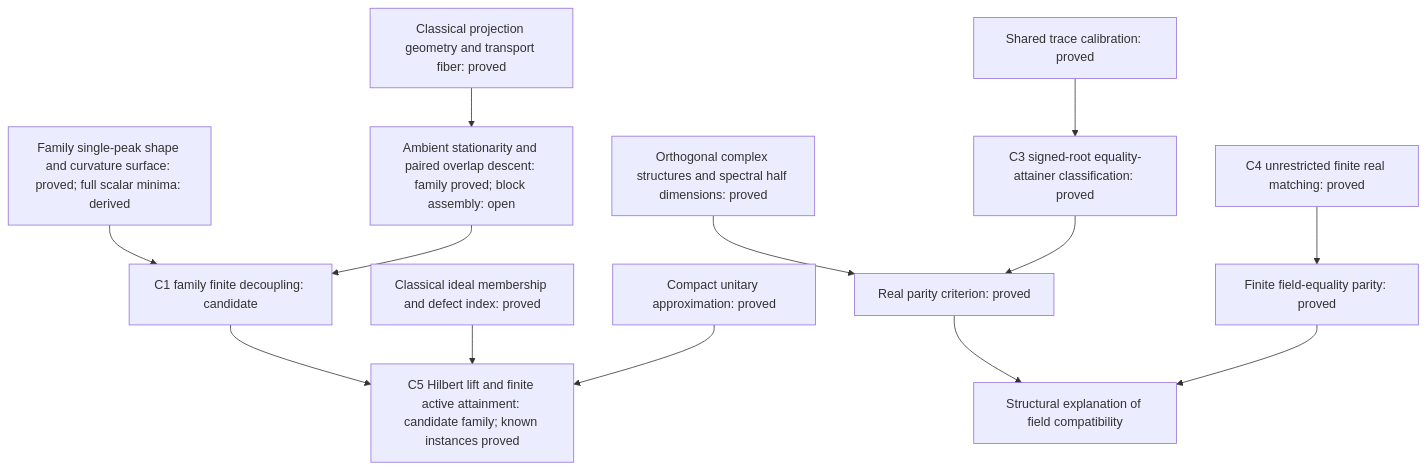
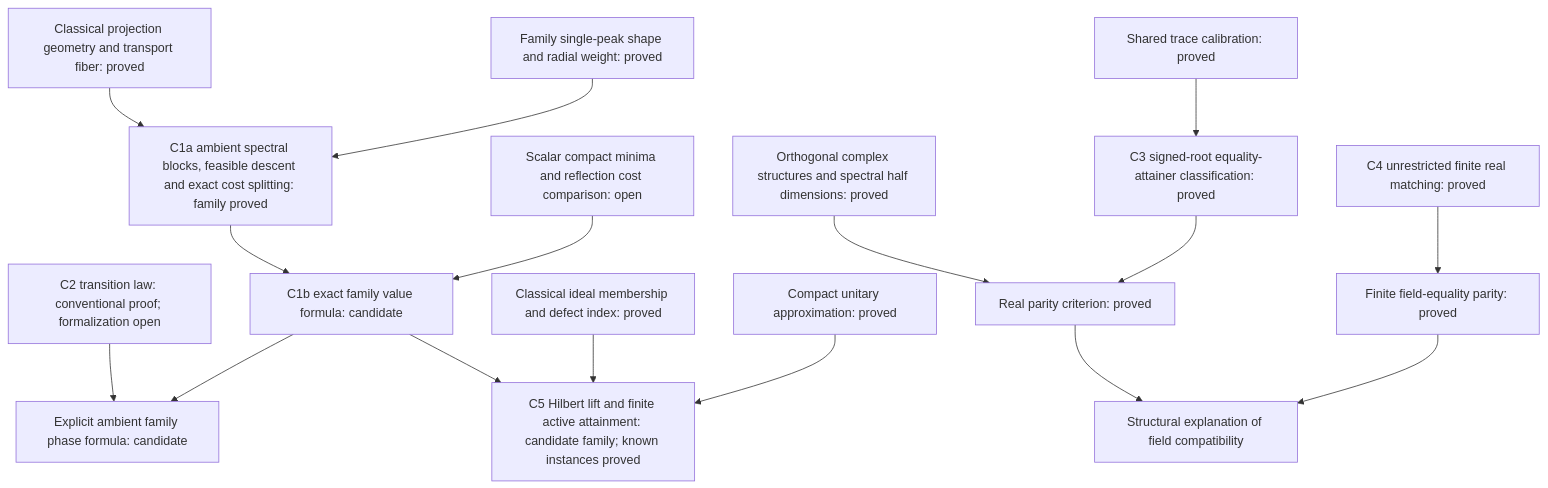
One commit to AIQ-Kitware/aiq-dkps-formalization changed the diagram in dev/spectral-transport-publication-core.md. Above: the diagram before and after it, drawn with Mermaid. The commit also changed other lines of this file and 14 other files, not shown here.

First line of the commit message:
Prove ambient spectral decomposition for smoothed-power transport

````diff
--- a/dev/spectral-transport-publication-core.md
+++ b/dev/spectral-transport-publication-core.md
@@ -204,15 +234,18 @@
 ```mermaid
 flowchart TD
-  G[Classical projection geometry and transport fiber: proved] --> D[Ambient stationarity and paired overlap descent: family proved; block assembly: open]
-  S[Family single-peak shape and curvature surface: proved; full scalar minima: derived] --> F[C1 family finite decoupling: candidate]
-  D --> F
+  G[Classical projection geometry and transport fiber: proved] --> D[C1a ambient spectral blocks, feasible descent and exact cost splitting: family proved]
+  S[Family single-peak shape and radial weight: proved] --> D
+  D --> F[C1b exact family value formula: candidate]
+  B[Scalar compact minima and reflection cost comparison: open] --> F
+  C[C2 transition law: conventional proof; formalization open] --> A[Explicit ambient family phase formula: candidate]
+  F --> A
   F --> L[C5 Hilbert lift and finite active attainment: candidate family; known instances proved]
   I[Classical ideal membership and defect index: proved] --> L
   U[Compact unitary approximation: proved] --> L
   T[Shared trace calibration: proved] --> R[C3 signed-root equality-attainer classification: proved]
   J[Orthogonal complex structures and spectral half dimensions: proved] --> P[Real parity criterion: proved]
   R --> P
   M[C4 unrestricted finite real matching: proved] --> E[Finite field-equality parity: proved]
   P --> X[Structural explanation of field compatibility]
   E --> X
 ```
````
